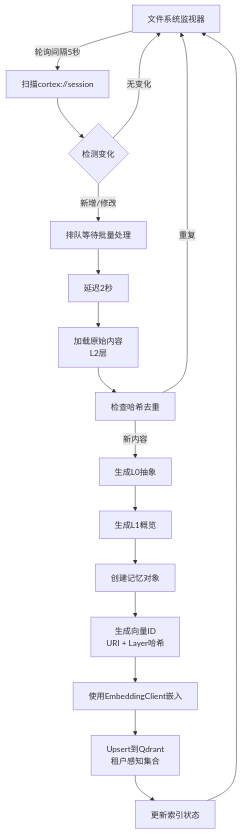
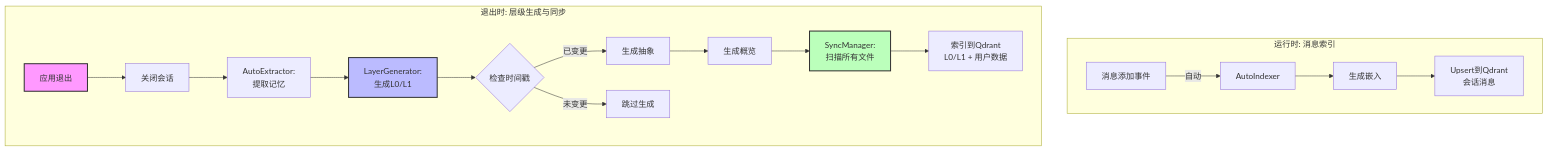
The fourth of 9 diagrams in litho.docs/zh/3、核心流程.md (sopaco/cortex-mem), drawn with Mermaid before and after one commit. The commit also changed other lines of this file, not shown here.

````diff
--- a/litho.docs/zh/3、核心流程.md
+++ b/litho.docs/zh/3、核心流程.md
@@ -206,24 +210,24 @@
 ```mermaid
 flowchart TD
-    A[文件系统监视器] -->|轮询间隔5秒| B[扫描cortex://session]
-    B --> C{检测变化}
-    C -->|新增/修改| D[排队等待批量处理]
-    C -->|无变化| A
+    subgraph "运行时: 消息索引"
+        A[消息添加事件] -->|自动| B[AutoIndexer]
+        B --> C[生成嵌入]
+        C --> D[Upsert到Qdrant<br/>会话消息]
+    end
     
-    D --> E[延迟2秒]
-    E --> F[加载原始内容<br/>L2层]
+    subgraph "退出时: 层级生成与同步"
+        E[应用退出] --> F[关闭会话]
+        F --> G[AutoExtractor:<br/>提取记忆]
+        G --> H[LayerGenerator:<br/>生成L0/L1]
+        H --> I{检查时间戳}
+        I -->|已变更| J[生成抽象]
+        I -->|未变更| K[跳过生成]
+        J --> L[生成概览]
+        L --> M[SyncManager:<br/>扫描所有文件]
+        M --> N[索引到Qdrant<br/>L0/L1 + 用户数据]
+    end
     
-    F --> G[检查哈希去重]
-    G -->|重复| A
-    G -->|新内容| H[生成L0抽象]
-    
-    H --> I[生成L1概览]
-    I --> J[创建记忆对象]
-    
-    J --> K[生成向量ID<br/>URI + Layer哈希]
-    K --> L[使用EmbeddingClient嵌入]
-    
-    L --> M[Upsert到Qdrant<br/>租户感知集合]
-    M --> N[更新索引状态]
-    N --> A
+    style E fill:#f9f,stroke:#333,stroke-width:2px
+    style H fill:#bbf,stroke:#333,stroke-width:2px
+    style M fill:#bfb,stroke:#333,stroke-width:2px
 ```
````
